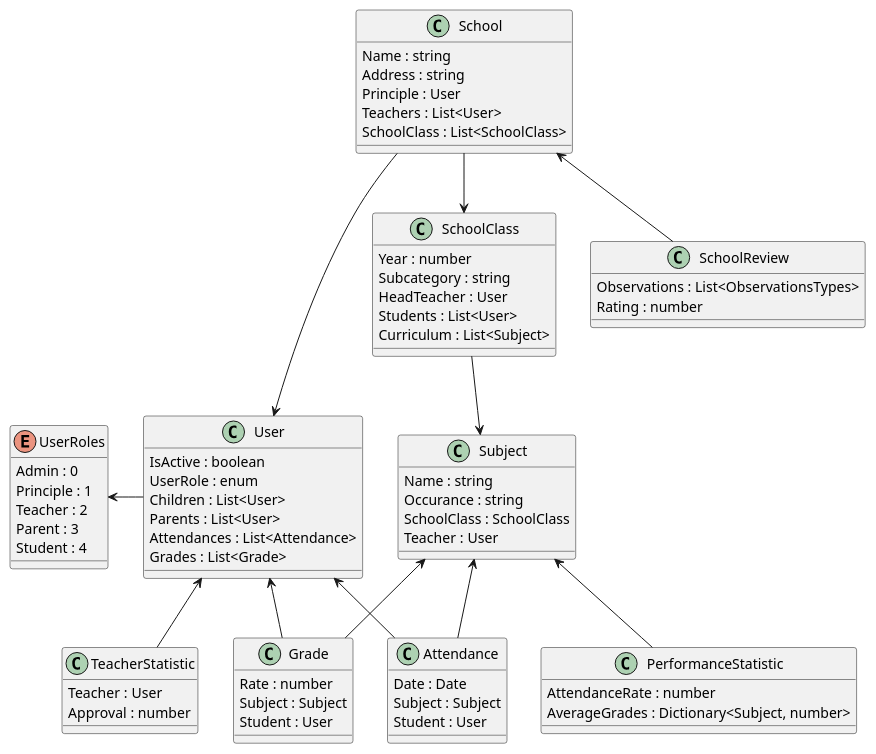
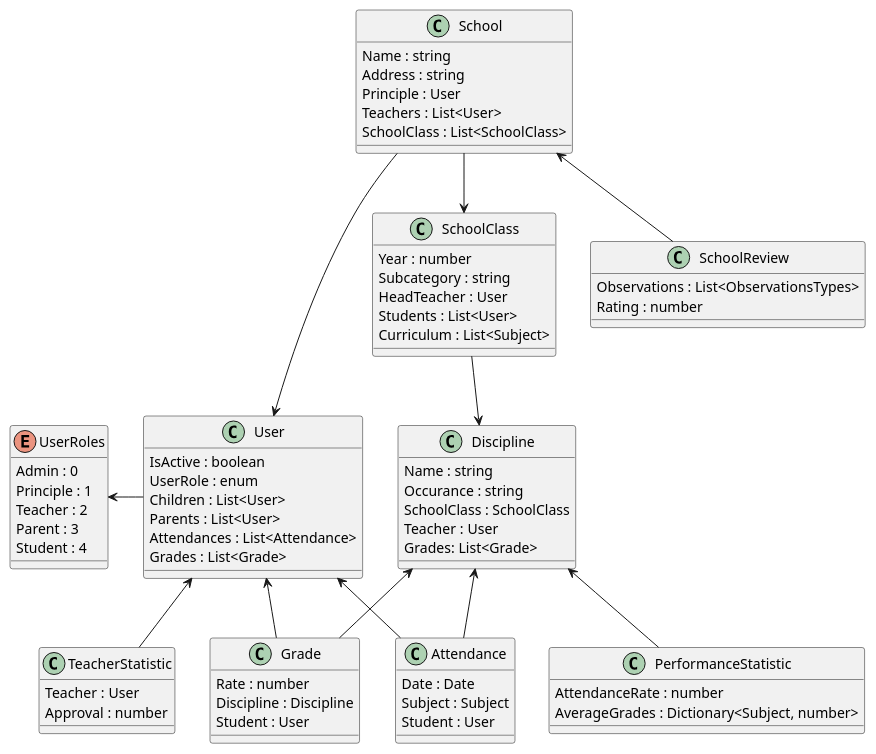
Before and after one commit to ivann9963/GradeCenter: the diagram in classes_diagram.puml, drawn with PlantUML.

Commit message:
GRAD-57: Update Classes design PlantUml

```diff
--- a/classes_diagram.puml
+++ b/classes_diagram.puml
@@ -1,82 +1,83 @@
 @startuml
 
 class User {
     IsActive : boolean
     UserRole : enum
     Children : List<User>
     Parents : List<User>
     Attendances : List<Attendance>
     Grades : List<Grade>
 }
 
 enum UserRoles {
     Admin : 0
     Principle : 1
     Teacher : 2
     Parent : 3
     Student : 4
 }
 
 class School {
     Name : string
     Address : string
     Principle : User
     Teachers : List<User>
     SchoolClass : List<SchoolClass>
 }
 
 class SchoolClass {
     Year : number
     Subcategory : string
     HeadTeacher : User
     Students : List<User>
     Curriculum : List<Subject>
 }
 
-class Subject {
+class Discipline {
     Name : string
     Occurance : string
     SchoolClass : SchoolClass
     Teacher : User
+    Grades: List<Grade>
 }
 
 class Grade {
     Rate : number
-    Subject : Subject
+    Discipline : Discipline
     Student : User
 }
 
 class Attendance {
     Date : Date
     Subject : Subject
     Student : User
 }
 
 class PerformanceStatistic {
     AttendanceRate : number
     AverageGrades : Dictionary<Subject, number>
 }
 
 class TeacherStatistic {
     Teacher : User
     Approval : number
 }
 
 class SchoolReview {
     Observations : List<ObservationsTypes>
     Rating : number
 }
 
 UserRoles <- User
 School --> User
 School --> SchoolClass
-SchoolClass --> Subject
-Subject <-- Grade
-Subject <-- Attendance
+SchoolClass --> Discipline
+Discipline <-- Grade
+Discipline <-- Attendance
 User <-- Grade
 User <-- Attendance
-Subject <-- PerformanceStatistic
+Discipline <-- PerformanceStatistic
 User <-- TeacherStatistic
 School <-- SchoolReview
 
 @enduml
```
